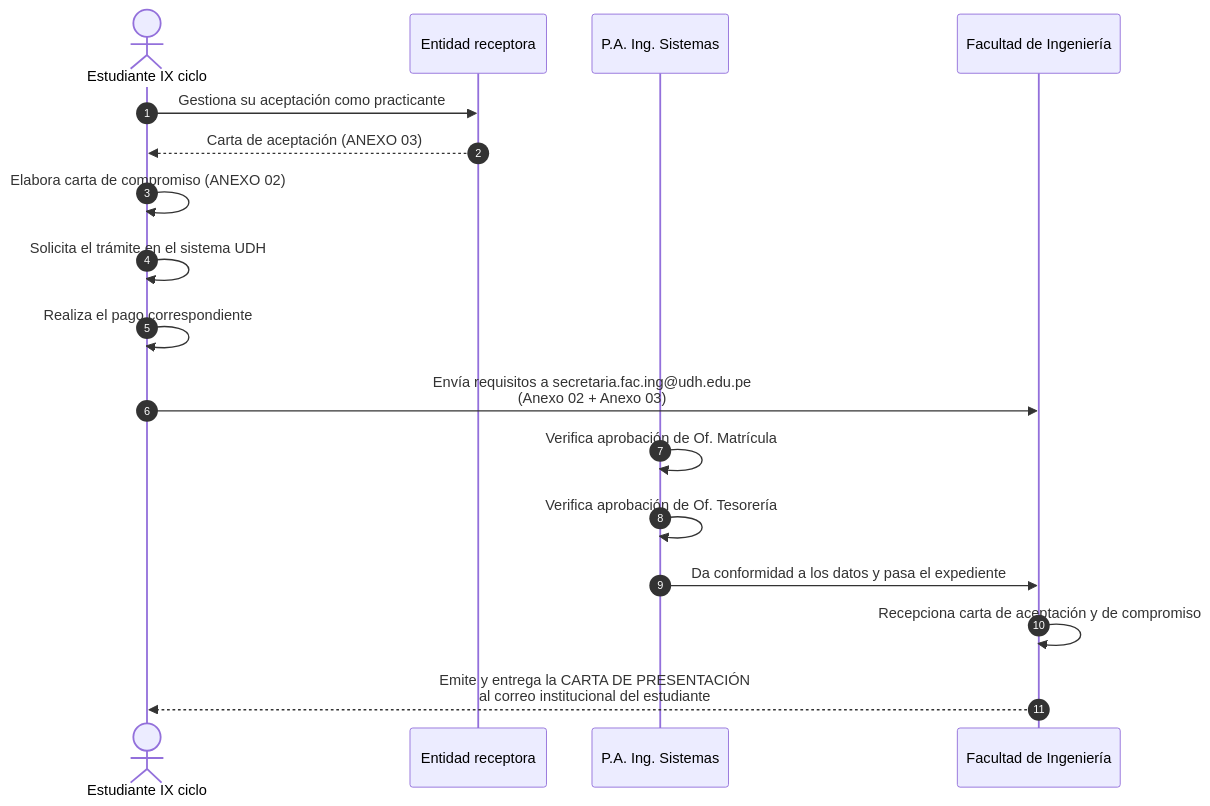
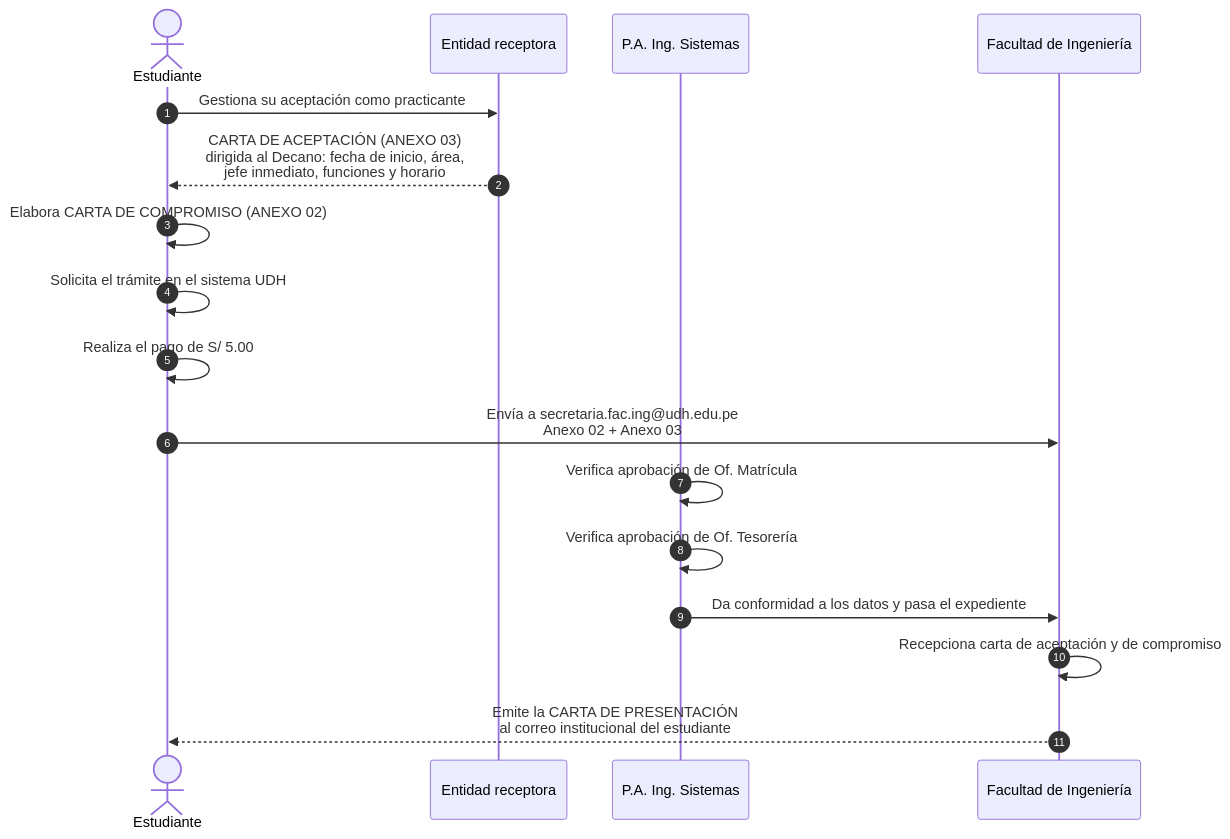
One commit to adlerOmonte1/RepositorioMD changed the second of 6 diagrams in procesoPPP.md. Above: the diagram before and after it, drawn with Mermaid. The commit also changed other lines of this file, not shown here.

````diff
--- a/procesoPPP.md
+++ b/procesoPPP.md
@@ -73,23 +101,23 @@
 ```mermaid
 sequenceDiagram
     autonumber
-    actor EST as Estudiante IX ciclo
+    actor EST as Estudiante
     participant EMP as Entidad receptora
     participant PA as P.A. Ing. Sistemas
     participant FAC as Facultad de Ingeniería
 
     EST->>EMP: Gestiona su aceptación como practicante
-    EMP-->>EST: Carta de aceptación (ANEXO 03)
-    EST->>EST: Elabora carta de compromiso (ANEXO 02)
+    EMP-->>EST: CARTA DE ACEPTACIÓN (ANEXO 03)<br/>dirigida al Decano: fecha de inicio, área,<br/>jefe inmediato, funciones y horario
+    EST->>EST: Elabora CARTA DE COMPROMISO (ANEXO 02)
 
     EST->>EST: Solicita el trámite en el sistema UDH
-    EST->>EST: Realiza el pago correspondiente
-    EST->>FAC: Envía requisitos a secretaria.fac.ing@udh.edu.pe<br/>(Anexo 02 + Anexo 03)
+    EST->>EST: Realiza el pago de S/ 5.00
+    EST->>FAC: Envía a secretaria.fac.ing@udh.edu.pe<br/>Anexo 02 + Anexo 03
 
     PA->>PA: Verifica aprobación de Of. Matrícula
     PA->>PA: Verifica aprobación de Of. Tesorería
     PA->>FAC: Da conformidad a los datos y pasa el expediente
 
     FAC->>FAC: Recepciona carta de aceptación y de compromiso
-    FAC-->>EST: Emite y entrega la CARTA DE PRESENTACIÓN<br/>al correo institucional del estudiante
+    FAC-->>EST: Emite la CARTA DE PRESENTACIÓN<br/>al correo institucional del estudiante
 ```
````
